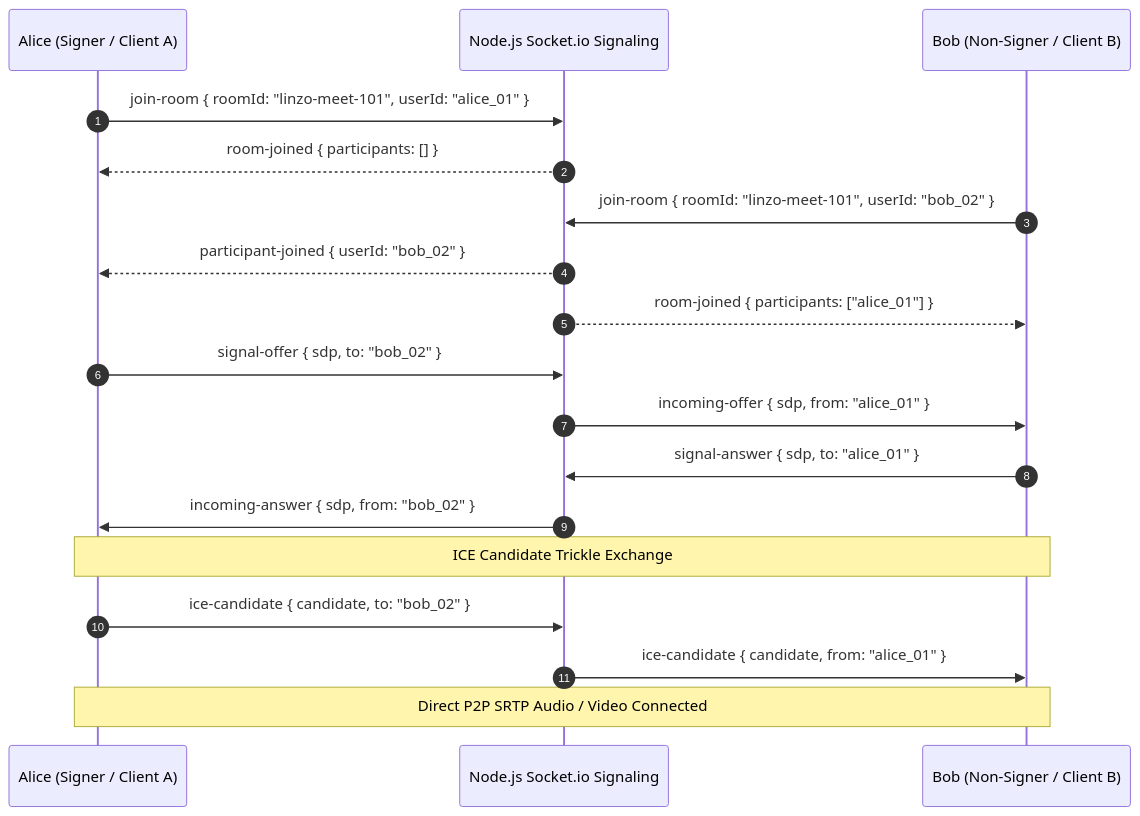
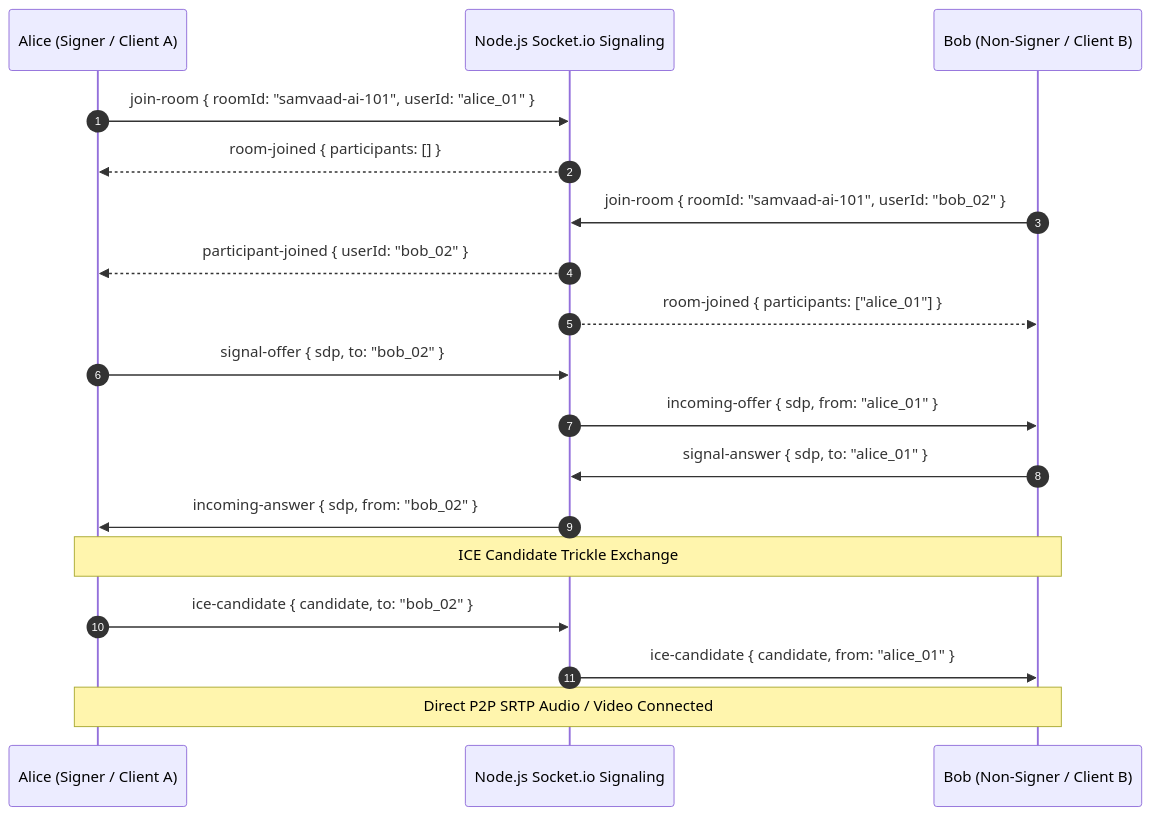
One commit to rahulsonkusare-26/KH133-Linzo changed the first of 2 diagrams in docs/other-diagrams/data-flow.md. Above: the diagram before and after it, drawn with Mermaid. The commit also changed other lines of this file and 25 other files, not shown here.

````diff
--- a/docs/other-diagrams/data-flow.md
+++ b/docs/other-diagrams/data-flow.md
@@ -9,25 +9,25 @@
 ```mermaid
 sequenceDiagram
     autonumber
     participant Alice as Alice (Signer / Client A)
     participant Server as Node.js Socket.io Signaling
     participant Bob as Bob (Non-Signer / Client B)
 
-    Alice->>Server: join-room { roomId: "linzo-meet-101", userId: "alice_01" }
+    Alice->>Server: join-room { roomId: "samvaad-ai-101", userId: "alice_01" }
     Server-->>Alice: room-joined { participants: [] }
 
-    Bob->>Server: join-room { roomId: "linzo-meet-101", userId: "bob_02" }
+    Bob->>Server: join-room { roomId: "samvaad-ai-101", userId: "bob_02" }
     Server-->>Alice: participant-joined { userId: "bob_02" }
     Server-->>Bob: room-joined { participants: ["alice_01"] }
 
     Alice->>Server: signal-offer { sdp, to: "bob_02" }
     Server->>Bob: incoming-offer { sdp, from: "alice_01" }
     Bob->>Server: signal-answer { sdp, to: "alice_01" }
     Server->>Alice: incoming-answer { sdp, from: "bob_02" }
 
     Note over Alice,Bob: ICE Candidate Trickle Exchange
     Alice->>Server: ice-candidate { candidate, to: "bob_02" }
     Server->>Bob: ice-candidate { candidate, from: "alice_01" }
 
     Note over Alice,Bob: Direct P2P SRTP Audio / Video Connected
 ```
````
